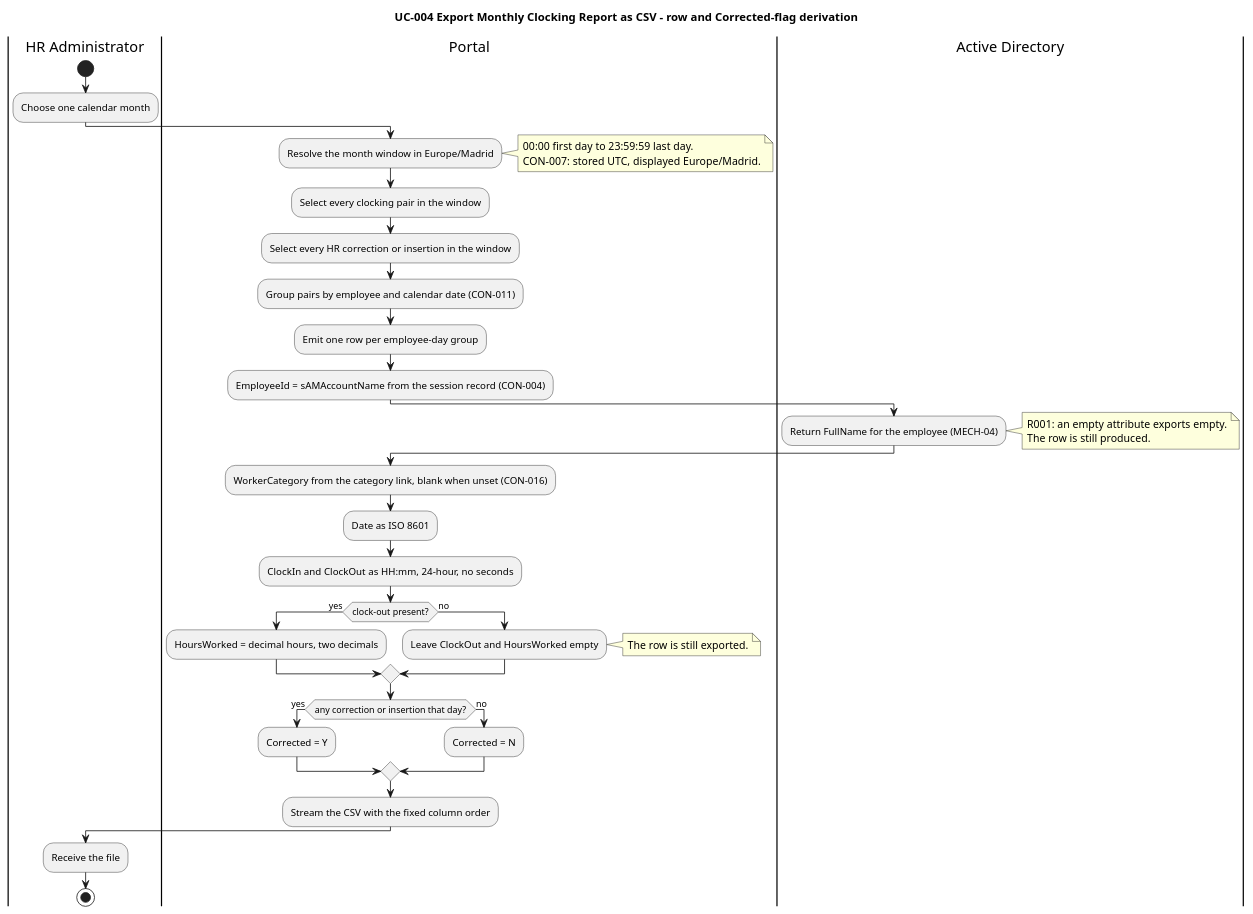
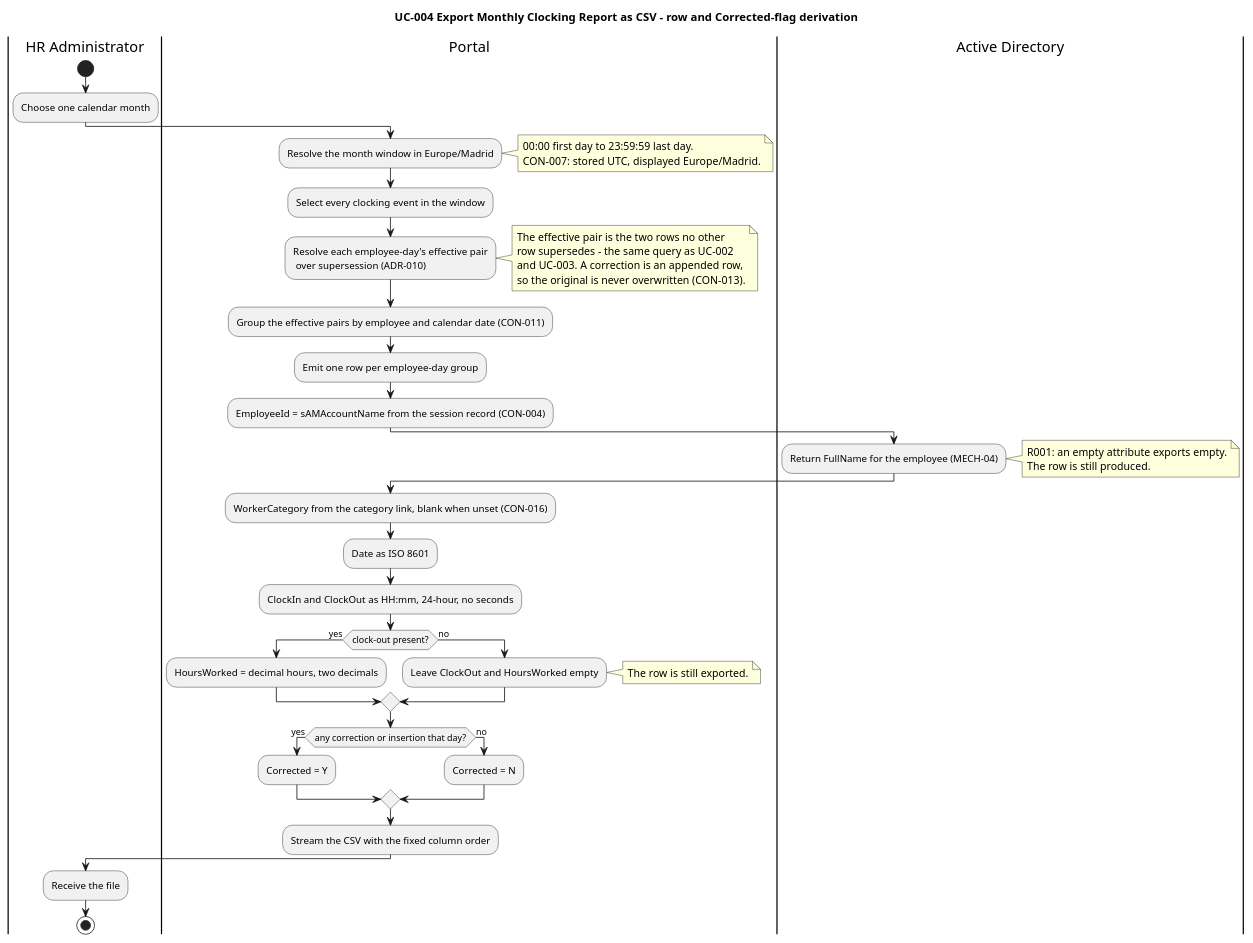
Before and after one commit to banense-test/portal: the fourth of 6 diagrams in docs/artifacts/requirements/use-case-model.md, drawn with PlantUML. The commit also changed other lines of this file, not shown here.

Commit message:
System Analyst [I3]: upsert Use-Case Model
[skip ci]

````diff
--- a/docs/artifacts/requirements/use-case-model.md
+++ b/docs/artifacts/requirements/use-case-model.md
@@ -425,51 +425,58 @@
 ```plantuml
 @startuml
 title UC-004 Export Monthly Clocking Report as CSV - row and Corrected-flag derivation
 
 |HR Administrator|
 start
 :Choose one calendar month;
 
 |Portal|
 :Resolve the month window in Europe/Madrid;
 note right
   00:00 first day to 23:59:59 last day.
   CON-007: stored UTC, displayed Europe/Madrid.
 end note
-:Select every clocking pair in the window;
-:Select every HR correction or insertion in the window;
-:Group pairs by employee and calendar date (CON-011);
+:Select every clocking event in the window;
+:Resolve each employee-day's effective pair
+ over supersession (ADR-010);
+note right
+  The effective pair is the two rows no other
+  row supersedes - the same query as UC-002
+  and UC-003. A correction is an appended row,
+  so the original is never overwritten (CON-013).
+end note
+:Group the effective pairs by employee and calendar date (CON-011);
 :Emit one row per employee-day group;
 :EmployeeId = sAMAccountName from the session record (CON-004);
 
 |Active Directory|
 :Return FullName for the employee (MECH-04);
 note right
   R001: an empty attribute exports empty.
   The row is still produced.
 end note
 
 |Portal|
 :WorkerCategory from the category link, blank when unset (CON-016);
 :Date as ISO 8601;
 :ClockIn and ClockOut as HH:mm, 24-hour, no seconds;
 
 if (clock-out present?) then (yes)
   :HoursWorked = decimal hours, two decimals;
 else (no)
   :Leave ClockOut and HoursWorked empty;
   note right: The row is still exported.
 endif
 
 if (any correction or insertion that day?) then (yes)
   :Corrected = Y;
 else (no)
   :Corrected = N;
 endif
 
 :Stream the CSV with the fixed column order;
 |HR Administrator|
 :Receive the file;
 stop
 @enduml
 ```
````
